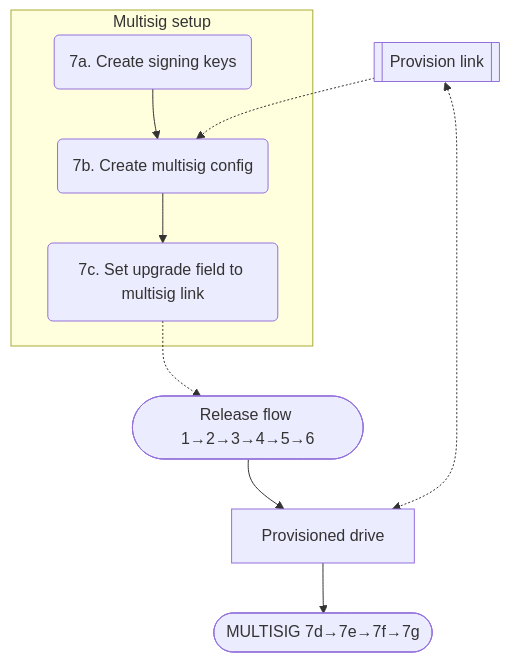
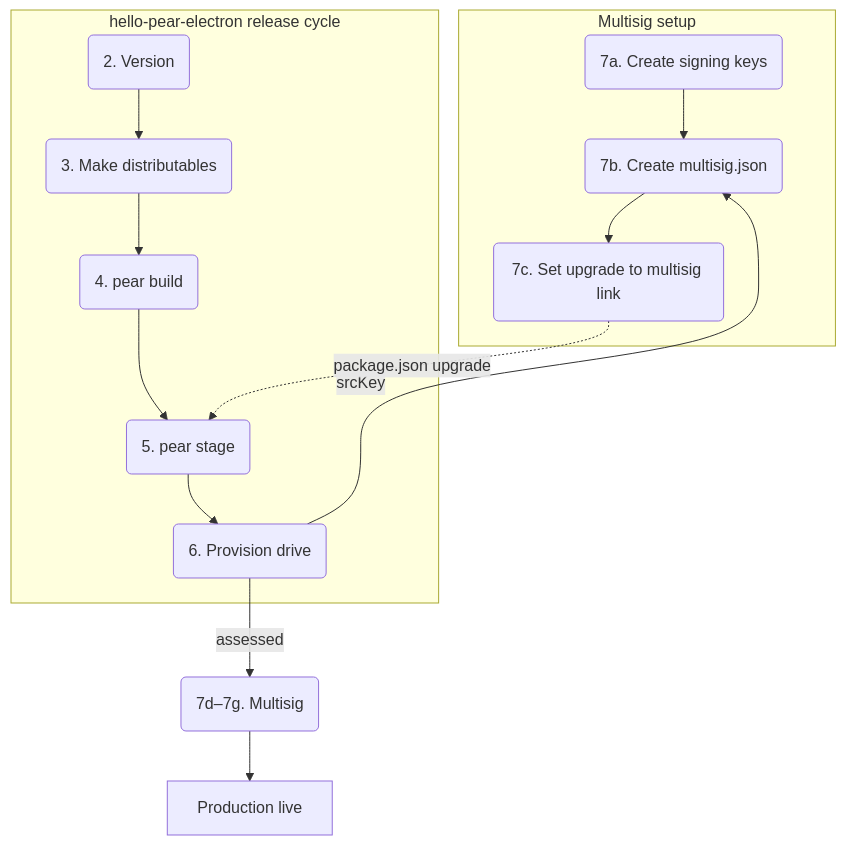
Before and after one commit to holepunchto/pear-docs: the seventh of 9 diagrams in content/explanation/release-pipeline.mdx, drawn with Mermaid. The commit also changed other lines of this file and 532 other files, not shown here.

````diff
--- a/content/explanation/release-pipeline.mdx
+++ b/content/explanation/release-pipeline.mdx
@@ -170,14 +174,17 @@
 ```mermaid
-graph TD
-  subgraph Multisig_setup[Multisig setup]
-    K(7a. Create signing keys) --> C(7b. Create multisig config)
-    C --> L(7c. Set upgrade field to multisig link)
+graph TB
+  subgraph Setup[Multisig setup]
+    K(7a. Create signing keys) --> C(7b. Create multisig.json)
+    C --> L(7c. Set upgrade to multisig link)
   end
 
-  L .-> R([Release flow 1→2→3→4→5→6])
-  R --> Prov[Provisioned drive]
-  Prov --> M([MULTISIG 7d→7e→7f→7g])
-  PL[[Provision link]] .-> C
-  PL <-.-> Prov
-  PL ~~~ R
+  subgraph HPE[hello-pear-electron release cycle]
+    V(2. Version) --> Make(3. Make distributables) --> Build(4. pear build) --> Stage(5. pear stage)
+    Stage --> Prov(6. Provision drive)
+  end
+
+  Prov -->|srcKey| C
+  L -.->|package.json upgrade| Stage
+  Prov -->|assessed| MS(7d–7g. Multisig)
+  MS --> Live[Production live]
 ```
````
